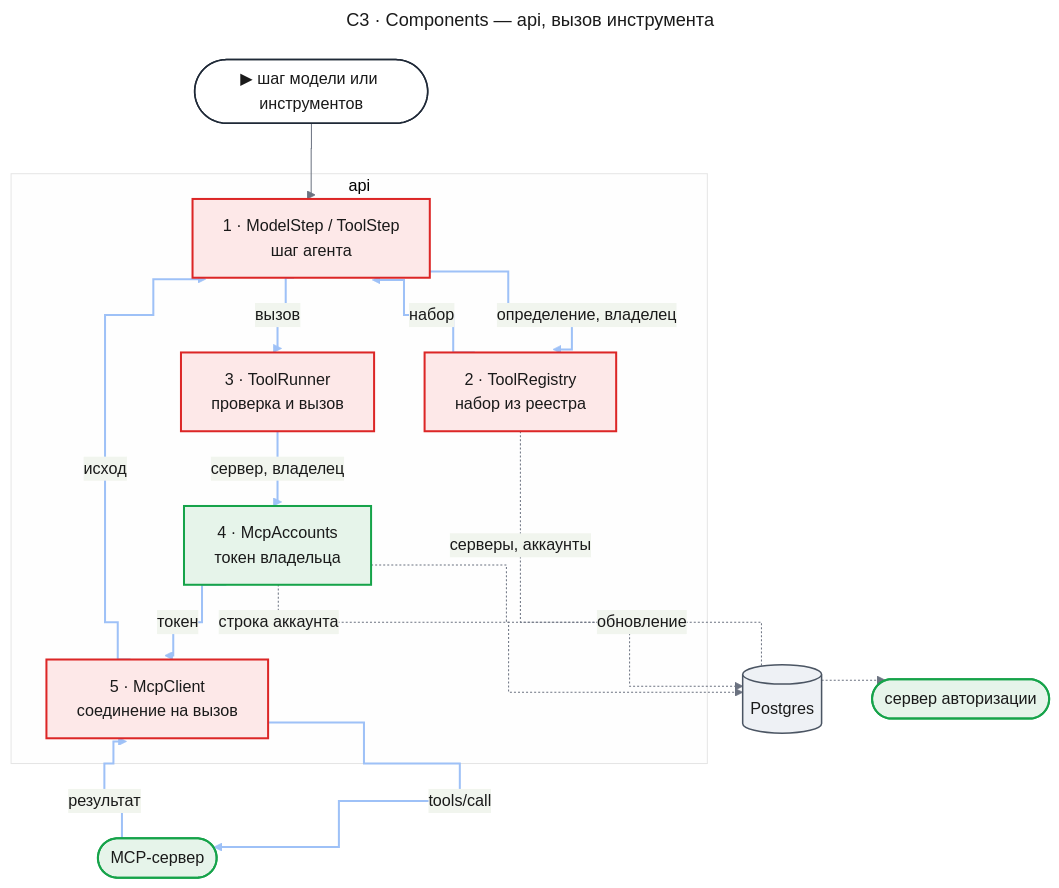
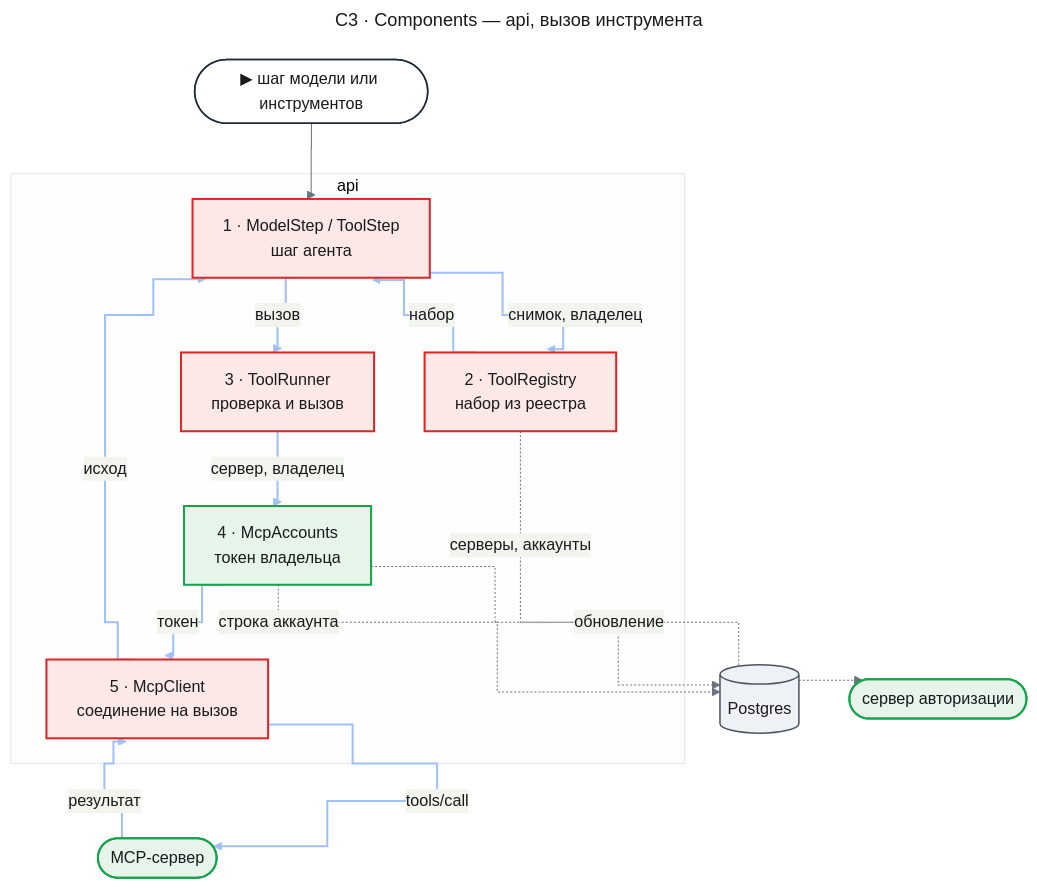
The third of 9 diagrams in docs/features/enterprise-access/design-mcp-connect.md (tundraray/agent-os), drawn with Mermaid before and after one commit. The commit also changed other lines of this file and 1225 other files, not shown here.

````diff
--- a/docs/features/enterprise-access/design-mcp-connect.md
+++ b/docs/features/enterprise-access/design-mcp-connect.md
@@ -307,66 +270,66 @@
 ```mermaid
 ---
 title: "C3 · Components — api, вызов инструмента"
 config:
   theme: base
   look: classic
   themeVariables:
     primaryColor: "#eef1f5"
     primaryBorderColor: "#4b5563"
     primaryTextColor: "#1a1a1a"
     lineColor: "#6b7280"
   flowchart:
     curve: step
   themeCSS: |
     @keyframes litr_mc3a{0%,11.25%{stroke:#1d4ed8;stroke-width:6px}12.5%,100%{stroke:#9ec1f7;stroke-width:2px}}
 ---
 flowchart TB
     entry(["▶ шаг модели или инструментов"])
     subgraph api["api"]
         step["1 · ModelStep / ToolStep<br/>шаг агента"]
         reg["2 · ToolRegistry<br/>набор из реестра"]
         runner["3 · ToolRunner<br/>проверка и вызов"]
         acc["4 · McpAccounts<br/>токен владельца"]
         client["5 · McpClient<br/>соединение на вызов"]
     end
     db[("Postgres")]
     mcp(["MCP-сервер"])
     authz(["сервер авторизации"])
     entry --> step
-    step e1@-->|"определение, владелец"| reg
+    step e1@-->|"снимок, владелец"| reg
     reg e2@-->|"набор"| step
     step e3@-->|"вызов"| runner
     runner e4@-->|"сервер, владелец"| acc
     acc e5@-->|"токен"| client
     client e6@-->|"tools/call"| mcp
     mcp e7@-->|"результат"| client
     client e8@-->|"исход"| step
     reg -.->|"серверы, аккаунты"| db
     acc -.->|"строка аккаунта"| db
     acc -.->|"обновление"| authz
     classDef entry fill:#ffffff,stroke:#1f2937,stroke-width:1.5px,color:#1a1a1a
     classDef changed fill:#fde8e8,stroke:#dc2626,stroke-width:2px,color:#1a1a1a
     classDef new fill:#e6f4ea,stroke:#16a34a,stroke-width:2px,color:#1a1a1a
     classDef unchanged fill:#eef1f5,stroke:#4b5563,stroke-width:1.5px,color:#1a1a1a
     classDef r1 stroke:#9ec1f7,stroke-width:2px,animation:litr_mc3a 9.6s linear 0s infinite
     classDef r2 stroke:#9ec1f7,stroke-width:2px,animation:litr_mc3a 9.6s linear 1.2s infinite
     classDef r3 stroke:#9ec1f7,stroke-width:2px,animation:litr_mc3a 9.6s linear 2.4s infinite
     classDef r4 stroke:#9ec1f7,stroke-width:2px,animation:litr_mc3a 9.6s linear 3.6s infinite
     classDef r5 stroke:#9ec1f7,stroke-width:2px,animation:litr_mc3a 9.6s linear 4.8s infinite
     classDef r6 stroke:#9ec1f7,stroke-width:2px,animation:litr_mc3a 9.6s linear 6s infinite
     classDef r7 stroke:#9ec1f7,stroke-width:2px,animation:litr_mc3a 9.6s linear 7.2s infinite
     classDef r8 stroke:#9ec1f7,stroke-width:2px,animation:litr_mc3a 9.6s linear 8.4s infinite
     class entry entry
     class step,reg,runner,client changed
     class acc new
     class db unchanged
     class mcp,authz new
     class e1 r1
     class e2 r2
     class e3 r3
     class e4 r4
     class e5 r5
     class e6 r6
     class e7 r7
     class e8 r8
 ```
````
